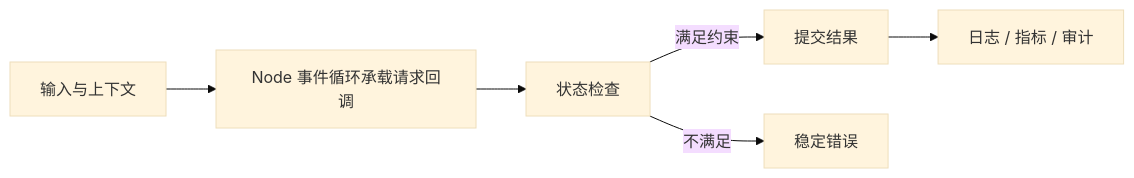
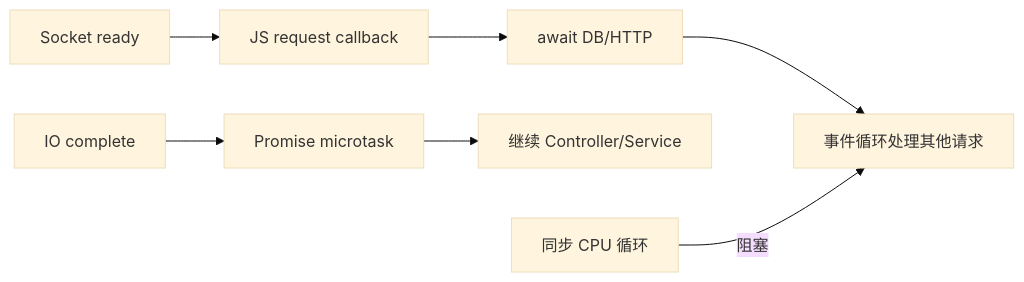
Before and after one commit to upJiang/jiang-blog-vitepress: the diagram in docs/backend/node-nestjs-runtime-architecture.md, drawn with Mermaid (base theme). The commit also changed other lines of this file and 341 other files, not shown here.

````diff
--- a/docs/backend/node-nestjs-runtime-architecture.md
+++ b/docs/backend/node-nestjs-runtime-architecture.md
@@ -34,8 +36,9 @@
 ```mermaid
 flowchart LR
-  A[输入与上下文] --> B[Node 事件循环承载请求回调]
-  B --> C[状态检查]
-  C -->|满足约束| D[提交结果]
-  C -->|不满足| E[稳定错误]
-  D --> F[日志 / 指标 / 审计]
+  SOCKET[Socket ready] --> CB[JS request callback]
+  CB --> AWAIT[await DB/HTTP]
+  AWAIT --> LOOP[事件循环处理其他请求]
+  IO[IO complete] --> MICRO[Promise microtask]
+  MICRO --> CB2[继续 Controller/Service]
+  CPU[同步 CPU 循环] -->|阻塞| LOOP
 ```
````
